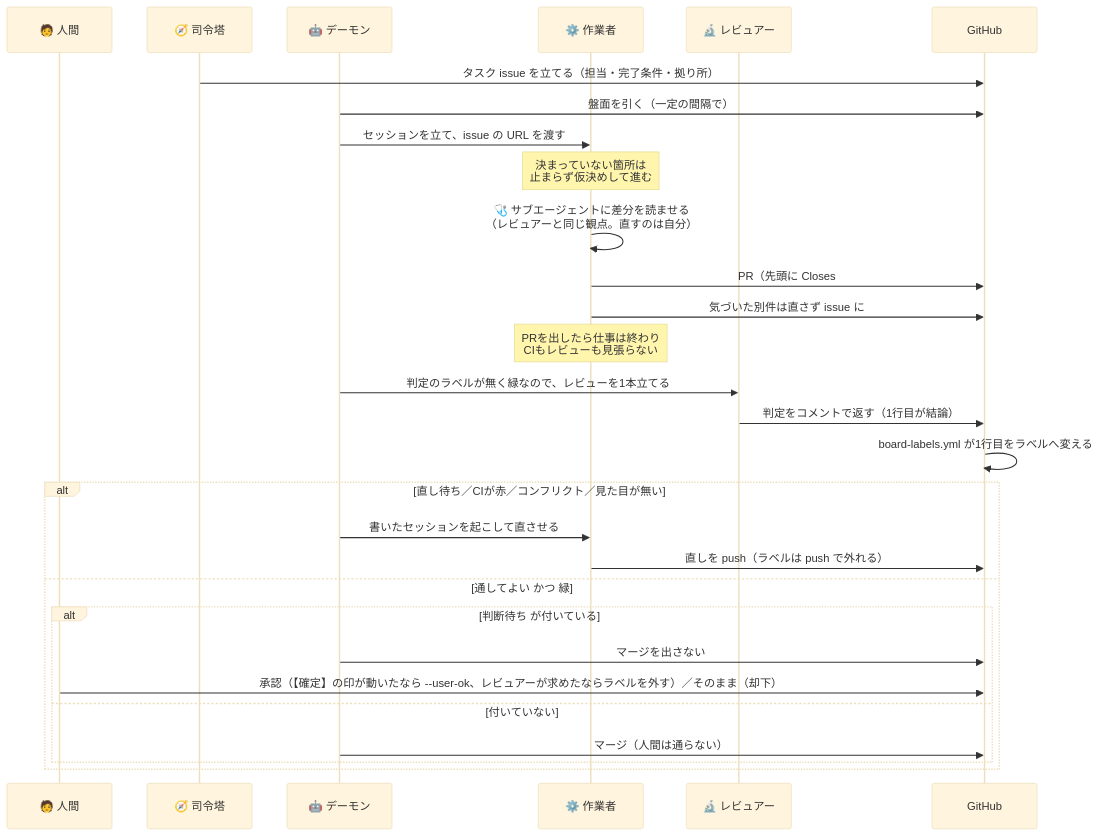
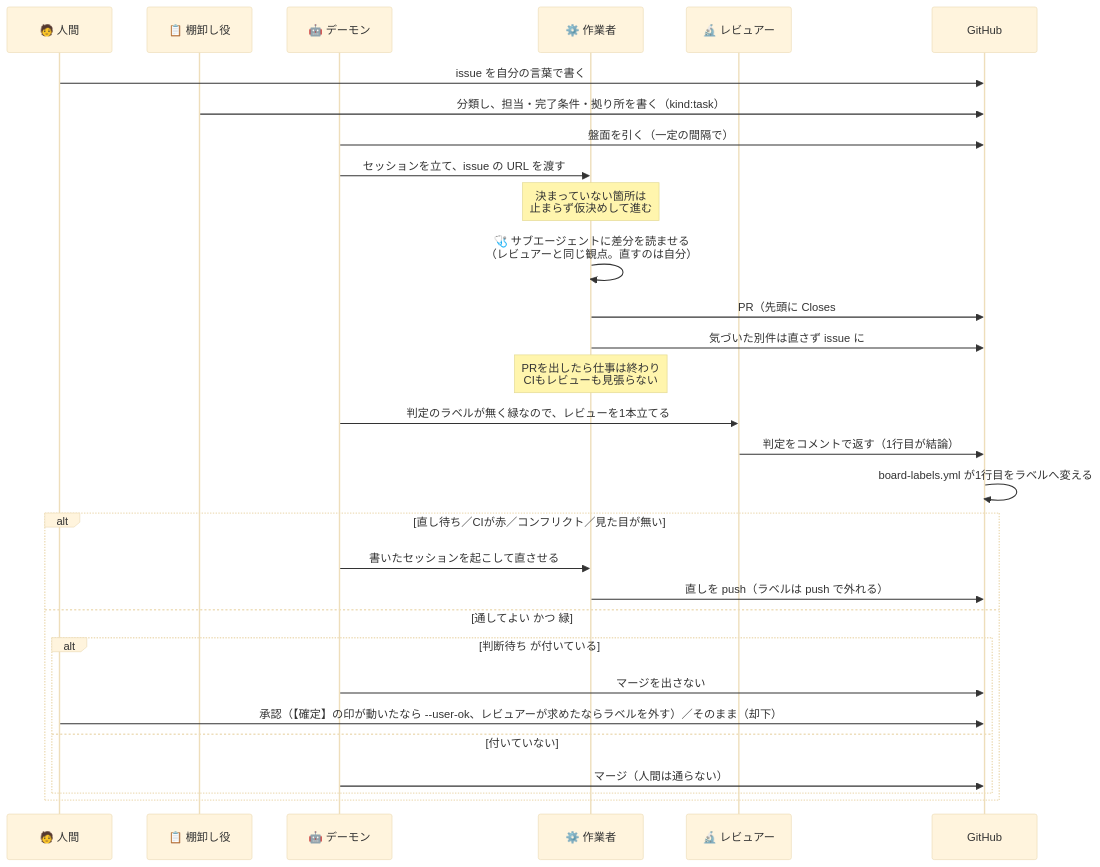
One commit to gooyyu1/UnmappedIsland changed the third of 5 diagrams in docs/ParallelAgents.md. Above: the diagram before and after it, drawn with Mermaid (base theme). The commit also changed other lines of this file and 13 other files, not shown here.

````diff
--- a/docs/ParallelAgents.md
+++ b/docs/ParallelAgents.md
@@ -215,33 +205,34 @@
 ```mermaid
 sequenceDiagram
     participant H as 🧑 人間
-    participant C as 🧭 司令塔
+    participant T as 📋 棚卸し役
     participant D as 🤖 デーモン
     participant W as ⚙️ 作業者
     participant R as 🔬 レビュアー
     participant G as GitHub
 
-    C->>G: タスク issue を立てる（担当・完了条件・拠り所）
+    H->>G: issue を自分の言葉で書く
+    T->>G: 分類し、担当・完了条件・拠り所を書く（kind:task）
     D->>G: 盤面を引く（一定の間隔で）
     D->>W: セッションを立て、issue の URL を渡す
     Note over W: 決まっていない箇所は<br/>止まらず仮決めして進む
     W->>W: 🩺 サブエージェントに差分を読ませる<br/>（レビュアーと同じ観点。直すのは自分）
     W->>G: PR（先頭に Closes #N と ## 仮決め）
     W->>G: 気づいた別件は直さず issue に
     Note over W: PRを出したら仕事は終わり<br/>CIもレビューも見張らない
     D->>R: 判定のラベルが無く緑なので、レビューを1本立てる
     R->>G: 判定をコメントで返す（1行目が結論）
     G->>G: board-labels.yml が1行目をラベルへ変える
 
     alt 直し待ち／CIが赤／コンフリクト／見た目が無い
         D->>W: 書いたセッションを起こして直させる
         W->>G: 直しを push（ラベルは push で外れる）
     else 通してよい かつ 緑
         alt 判断待ち が付いている
             D->>G: マージを出さない
             H->>G: 承認（【確定】の印が動いたなら --user-ok、レビュアーが求めたならラベルを外す）／そのまま（却下）
         else 付いていない
             D->>G: マージ（人間は通らない）
         end
     end
 ```
````
